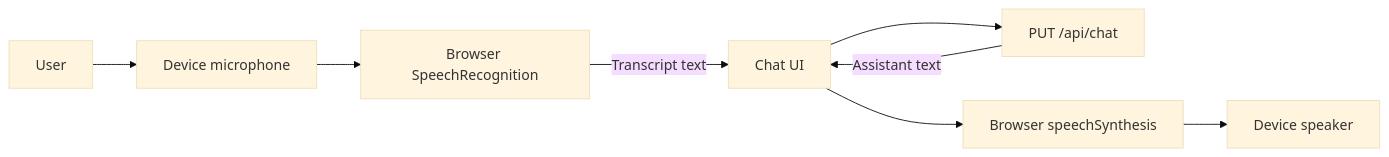
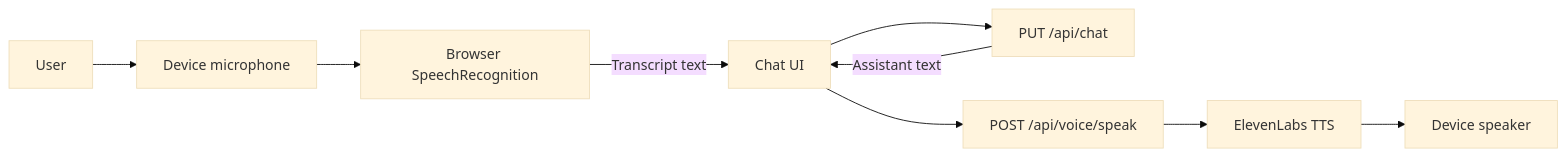
One commit to mardan-shah/voice-app changed the seventh of 9 diagrams in README.md. Above: the diagram before and after it, drawn with Mermaid (base theme). The commit also changed other lines of this file and 22 other files, not shown here.

````diff
--- a/README.md
+++ b/README.md
@@ -891,18 +895,20 @@
 ```mermaid
 flowchart LR
     User["User"]
     Mic["Device microphone"]
     STT["Browser SpeechRecognition"]
     Chat["Chat UI"]
     API["PUT /api/chat"]
-    TTS["Browser speechSynthesis"]
+    VoiceAPI["POST /api/voice/speak"]
+    TTS["ElevenLabs TTS"]
     Speaker["Device speaker"]
 
     User --> Mic
     Mic --> STT
     STT -->|"Transcript text"| Chat
     Chat --> API
     API -->|"Assistant text"| Chat
-    Chat --> TTS
+    Chat --> VoiceAPI
+    VoiceAPI --> TTS
     TTS --> Speaker
 ```
````
